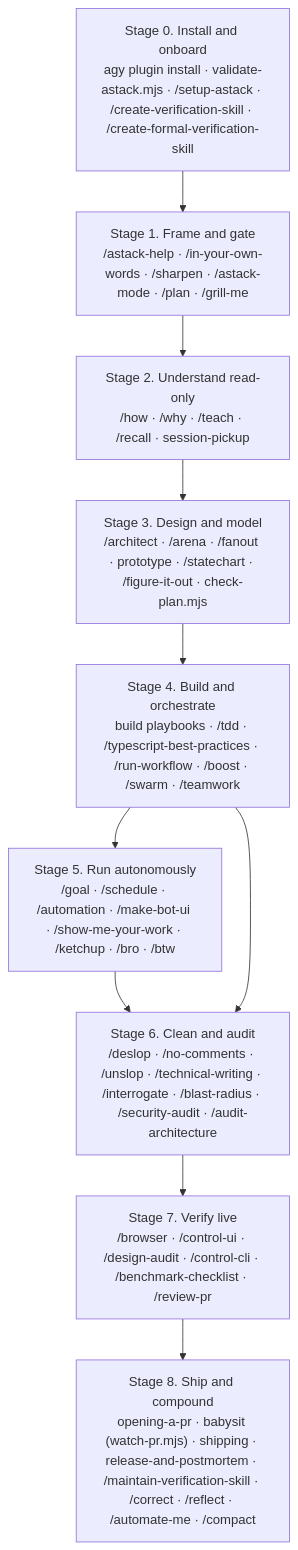
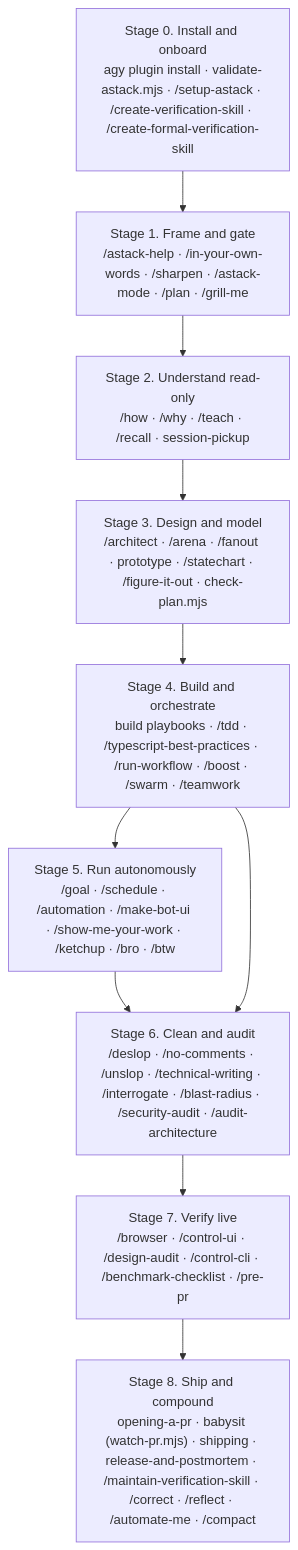
The diagram in docs/agent-timeline.md (jmxt3/astack), drawn with Mermaid before and after one commit. The commit also changed other lines of this file and 13 other files, not shown here.

Commit message:
docs: sync /pre-pr and Review PR mode across skills, guides, and tutorials

````diff
--- a/docs/agent-timeline.md
+++ b/docs/agent-timeline.md
@@ -17,24 +17,24 @@
 ```mermaid
 flowchart TD
     S0["Stage 0. Install and onboard
 agy plugin install · validate-astack.mjs · /setup-astack · /create-verification-skill · /create-formal-verification-skill"]
     S1["Stage 1. Frame and gate
 /astack-help · /in-your-own-words · /sharpen · /astack-mode · /plan · /grill-me"]
     S2["Stage 2. Understand read-only
 /how · /why · /teach · /recall · session-pickup"]
     S3["Stage 3. Design and model
 /architect · /arena · /fanout · prototype · /statechart · /figure-it-out · check-plan.mjs"]
     S4["Stage 4. Build and orchestrate
 build playbooks · /tdd · /typescript-best-practices · /run-workflow · /boost · /swarm · /teamwork"]
     S5["Stage 5. Run autonomously
 /goal · /schedule · /automation · /make-bot-ui · /show-me-your-work · /ketchup · /bro · /btw"]
     S6["Stage 6. Clean and audit
 /deslop · /no-comments · /unslop · /technical-writing · /interrogate · /blast-radius · /security-audit · /audit-architecture"]
     S7["Stage 7. Verify live
-/browser · /control-ui · /design-audit · /control-cli · /benchmark-checklist · /review-pr"]
+/browser · /control-ui · /design-audit · /control-cli · /benchmark-checklist · /pre-pr"]
     S8["Stage 8. Ship and compound
 opening-a-pr · babysit (watch-pr.mjs) · shipping · release-and-postmortem · /maintain-verification-skill · /correct · /reflect · /automate-me · /compact"]
 
     S0 --> S1 --> S2 --> S3 --> S4 --> S5 --> S6 --> S7 --> S8
     S4 --> S6
 ```
````
